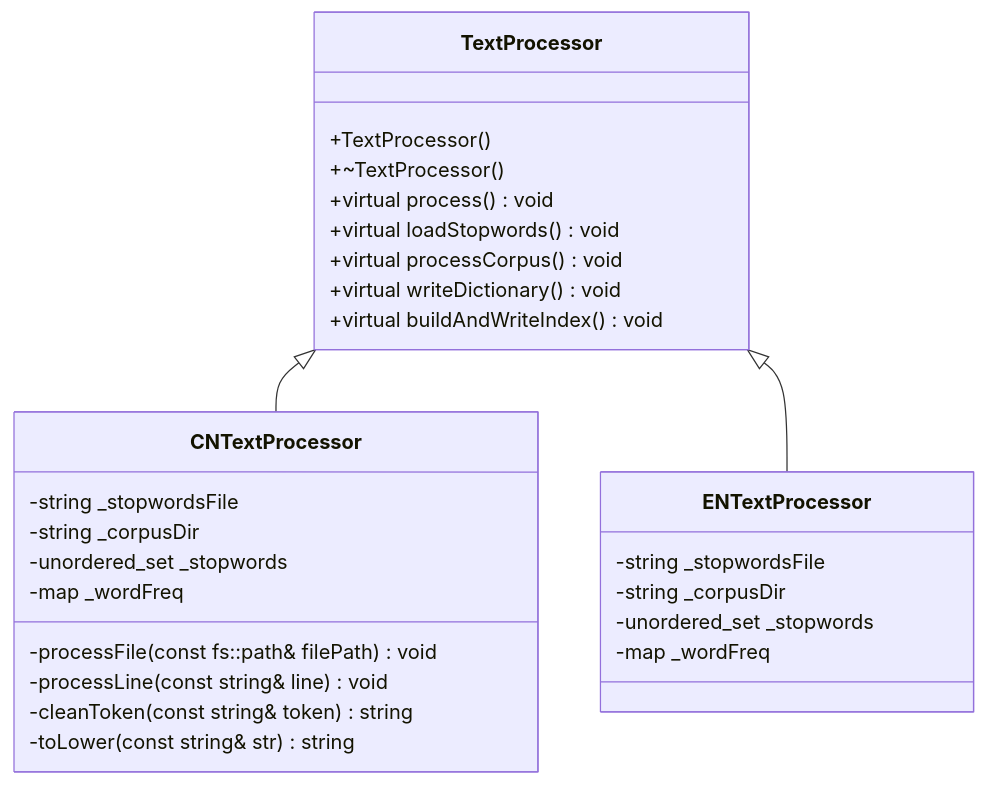
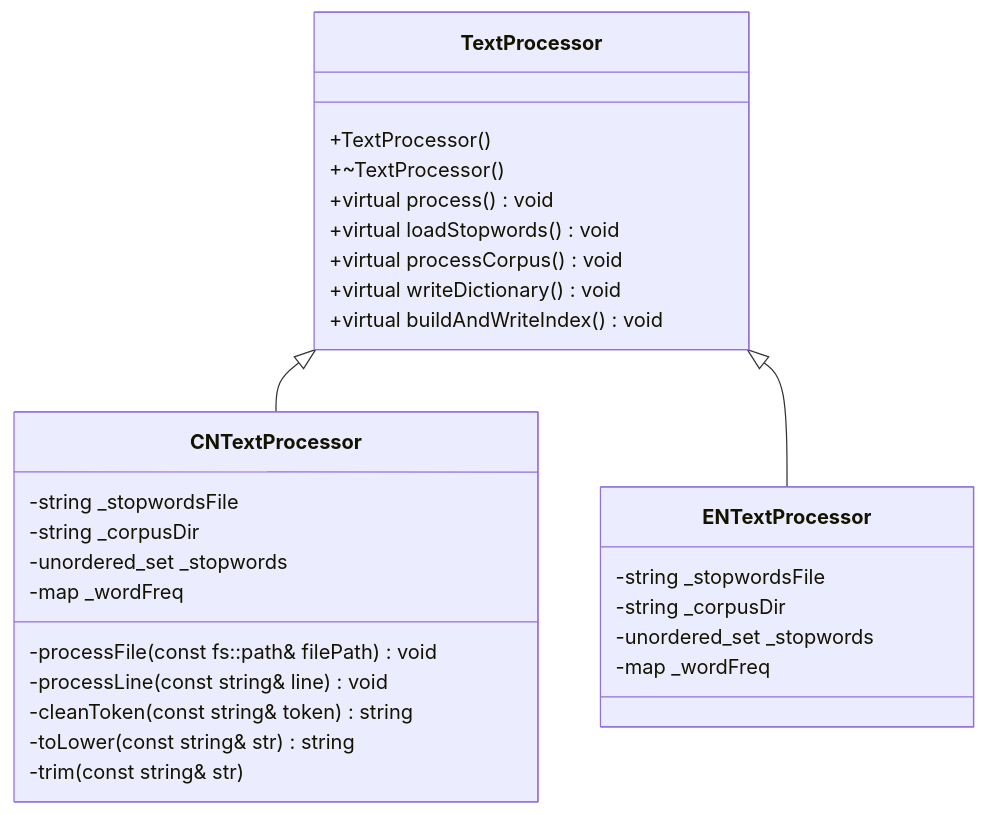
Before and after one commit to Jason-DancingBoy/iodraw-files: the diagram in all/未命名-1.md, drawn with Mermaid.

Commit message:
2026-01-02 21:18:56 update

````diff
--- a/all/未命名-1.md
+++ b/all/未命名-1.md
@@ -1,34 +1,34 @@
 ```mermaid
 classDiagram
     TextProcessor <|-- CNTextProcessor
     TextProcessor <|-- ENTextProcessor
     TextProcessor: +TextProcessor()
     TextProcessor: +~TextProcessor()
     TextProcessor: +virtual process() void
     TextProcessor: +virtual loadStopwords() void 
     TextProcessor: +virtual processCorpus() void
     TextProcessor: +virtual writeDictionary() void
     TextProcessor: +virtual buildAndWriteIndex() void
     class CNTextProcessor{
       -string _stopwordsFile
       -string _corpusDir
       -unordered_set<string> _stopwords
       -map<string, int> _wordFreq
       -processFile(const fs::path& filePath) void
       -processLine(const string& line) void 
       -cleanToken(const string& token) string
       -toLower(const string& str) string
-      
+      -trim(const string& str)
     }
     class ENTextProcessor{
       -string _stopwordsFile
       -string _corpusDir
       -unordered_set<string> _stopwords
       -map<string, int> _wordFreq
 
     }
     %%  string _stopwordsFile; // 存放停用词文件名
     %%  string _corpusDir; // 存放语料库目录
     %%  unordered_set<string> _stopwords; // 用来存放停用词
     %%  map<string, int> _wordFreq;
 ```
````
